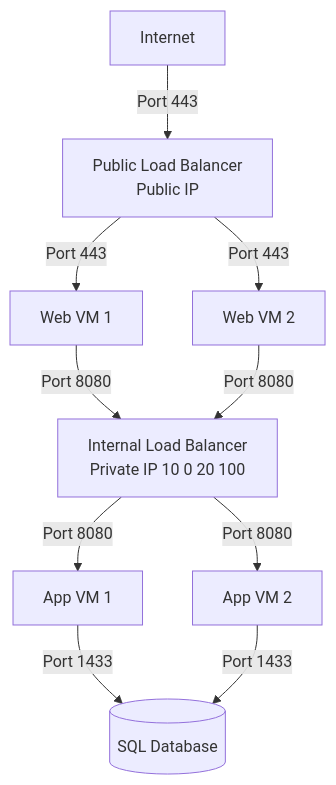
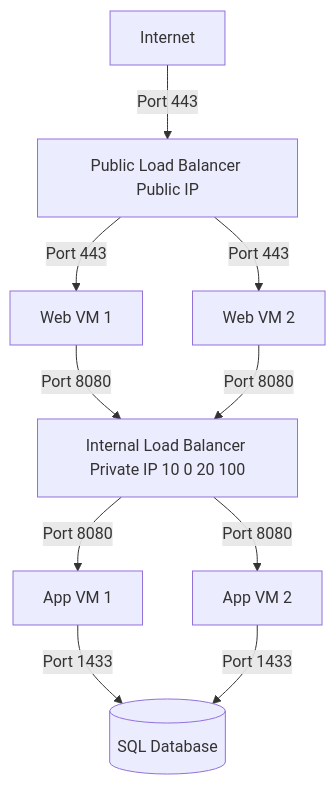
The fourth of 5 diagrams in Microsoft 365/Azure/Netzwerk/Azure Load Balancer.md (SoniiiT/notes-n-docs), drawn with Mermaid before and after one commit. The commit also changed other lines of this file and 124 other files, not shown here.

First line of the commit message:
fix: Entferne \n aus allen Mermaid-Diagrammen (125 Dateien)

````diff
--- a/Microsoft 365/Azure/Netzwerk/Azure Load Balancer.md
+++ b/Microsoft 365/Azure/Netzwerk/Azure Load Balancer.md
@@ -202,8 +202,8 @@
 ```mermaid
 graph TD
-    INT[Internet] -->|Port 443| PLB[Public Load Balancer\nPublic IP]
+    INT[Internet] -->|Port 443| PLB[Public Load Balancer Public IP]
     PLB -->|Port 443| WEB1[Web VM 1] & WEB2[Web VM 2]
-    WEB1 & WEB2 -->|Port 8080| ILB[Internal Load Balancer\nPrivate IP 10 0 20 100]
+    WEB1 & WEB2 -->|Port 8080| ILB[Internal Load Balancer Private IP 10 0 20 100]
     ILB -->|Port 8080| APP1[App VM 1] & APP2[App VM 2]
     APP1 & APP2 -->|Port 1433| DB[(SQL Database)]
 ```
````
